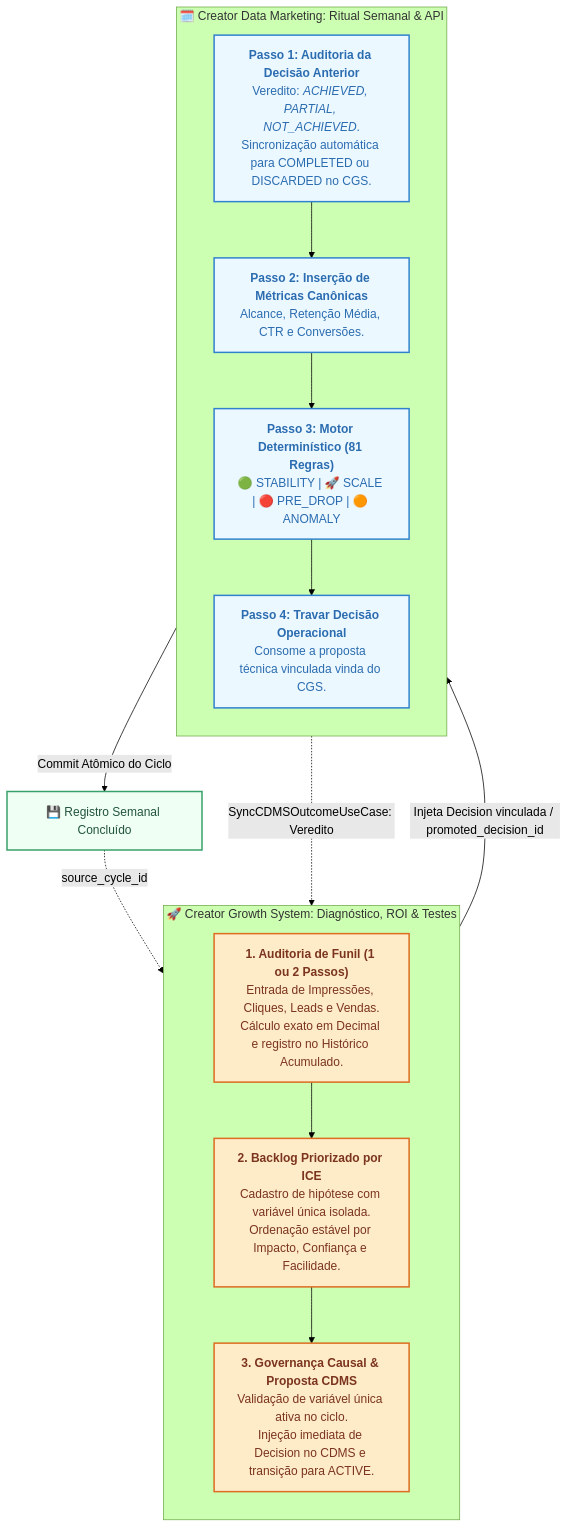
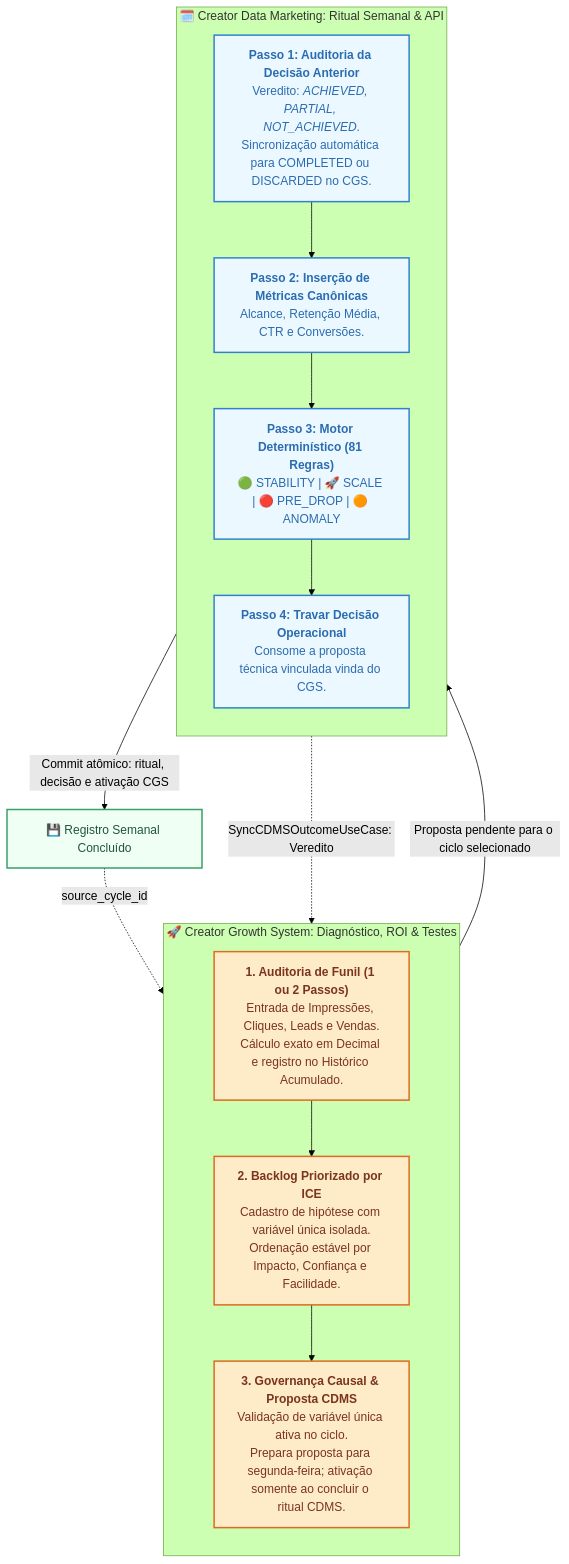
The second of 2 diagrams in README.md (HilarioGouveia/cdms), drawn with Mermaid (forest theme) before and after one commit. The commit also changed other lines of this file and 15 other files, not shown here.

Commit message:
fix: validate Streamlit workflow and atomically link CGS rituals

````diff
--- a/README.md
+++ b/README.md
@@ -47,28 +47,28 @@
 ```mermaid
 flowchart TD
     classDef cdms fill:#ebf8ff,stroke:#3182ce,stroke-width:2px,color:#2b6cb0;
     classDef cgs fill:#feebc8,stroke:#dd6b20,stroke-width:2px,color:#7b341e;
     classDef link fill:#f0fff4,stroke:#38a169,stroke-width:2px,color:#22543d;
 
     subgraph CGS_Flow [🚀 Creator Growth System: Diagnóstico, ROI & Testes]
         direction TB
         G1["<b>1. Auditoria de Funil (1 ou 2 Passos)</b><br/>Entrada de Impressões, Cliques, Leads e Vendas.<br/>Cálculo exato em Decimal e registro no Histórico Acumulado."]:::cgs
         G2["<b>2. Backlog Priorizado por ICE</b><br/>Cadastro de hipótese com variável única isolada.<br/>Ordenação estável por Impacto, Confiança e Facilidade."]:::cgs
-        G3["<b>3. Governança Causal & Proposta CDMS</b><br/>Validação de variável única ativa no ciclo.<br/>Injeção imediata de Decision no CDMS e transição para ACTIVE."]:::cgs
+        G3["<b>3. Governança Causal & Proposta CDMS</b><br/>Validação de variável única ativa no ciclo.<br/>Prepara proposta para segunda-feira; ativação somente ao concluir o ritual CDMS."]:::cgs
         G1 --> G2 --> G3
     end
 
     subgraph CDMS_Ritual [🗓️ Creator Data Marketing: Ritual Semanal & API]
         direction TB
         R1["<b>Passo 1: Auditoria da Decisão Anterior</b><br/>Veredito: <i>ACHIEVED, PARTIAL, NOT_ACHIEVED</i>.<br/>Sincronização automática para COMPLETED ou DISCARDED no CGS."]:::cdms
         R2["<b>Passo 2: Inserção de Métricas Canônicas</b><br/>Alcance, Retenção Média, CTR e Conversões."]:::cdms
         R3["<b>Passo 3: Motor Determinístico (81 Regras)</b><br/>🟢 STABILITY | 🚀 SCALE | 🔴 PRE_DROP | 🟠 ANOMALY"]:::cdms
         R4["<b>Passo 4: Travar Decisão Operacional</b><br/>Consome a proposta técnica vinculada vinda do CGS."]:::cdms
         R1 --> R2 --> R3 --> R4
     end
 
-    G3 -->|Injeta Decision vinculada / promoted_decision_id| R4
-    R4 -->|Commit Atômico do Ciclo| ClosedWeek[💾 Registro Semanal Concluído]:::link
+    G3 -->|Proposta pendente para o ciclo selecionado| R4
+    R4 -->|Commit atômico: ritual, decisão e ativação CGS| ClosedWeek[💾 Registro Semanal Concluído]:::link
     ClosedWeek -.->|source_cycle_id| G1
     R1 -.->|SyncCDMSOutcomeUseCase: Veredito| G2
 ```
````
